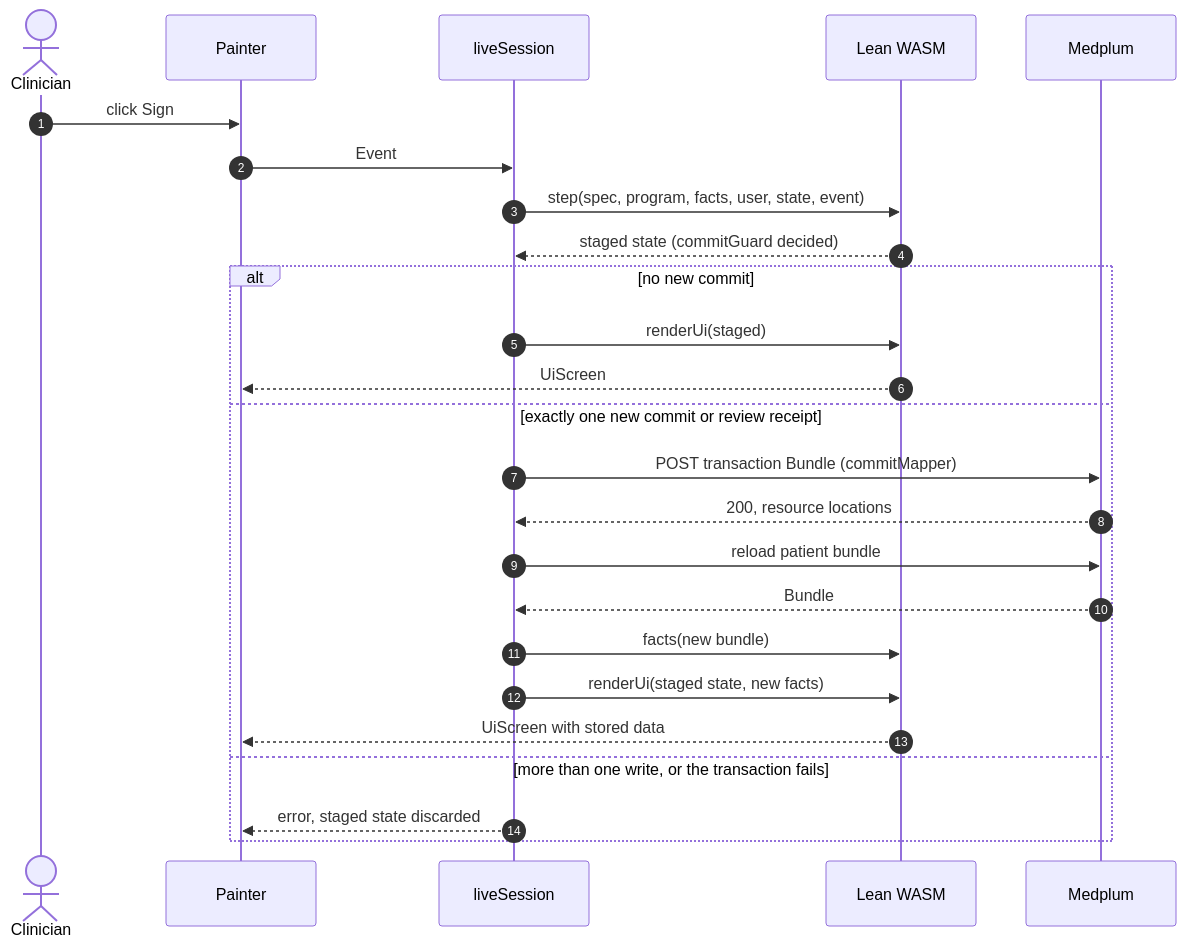
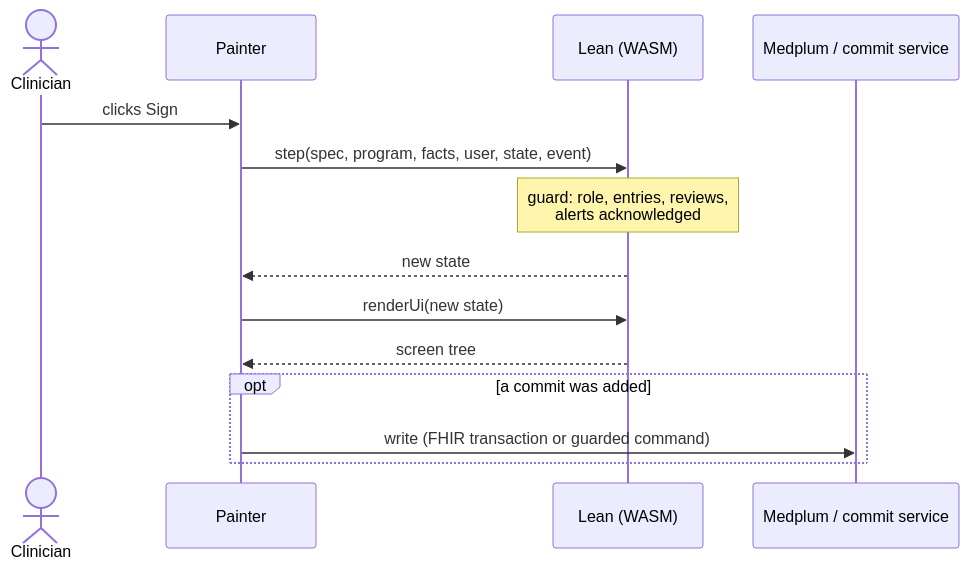
One commit to saithat/VGI-Health changed the third of 3 diagrams in README.md. Above: the diagram before and after it, drawn with Mermaid. The commit also changed other lines of this file and 114 other files, not shown here.

````diff
--- a/README.md
+++ b/README.md
@@ -527,27 +110,16 @@
 ```mermaid
 sequenceDiagram
-  autonumber
   actor C as Clinician
   participant P as Painter
-  participant S as liveSession
-  participant L as Lean WASM
-  participant M as Medplum
-  C->>P: click Sign
-  P->>S: Event
-  S->>L: step(spec, program, facts, user, state, event)
-  L-->>S: staged state (commitGuard decided)
-  alt no new commit
-    S->>L: renderUi(staged)
-    L-->>P: UiScreen
-  else exactly one new commit or review receipt
-    S->>M: POST transaction Bundle (commitMapper)
-    M-->>S: 200, resource locations
-    S->>M: reload patient bundle
-    M-->>S: Bundle
-    S->>L: facts(new bundle)
-    S->>L: renderUi(staged state, new facts)
-    L-->>P: UiScreen with stored data
-  else more than one write, or the transaction fails
-    S-->>P: error, staged state discarded
+  participant L as Lean (WASM)
+  participant S as Medplum / commit service
+  C->>P: clicks Sign
+  P->>L: step(spec, program, facts, user, state, event)
+  Note over L: guard: role, entries, reviews,<br/>alerts acknowledged
+  L-->>P: new state
+  P->>L: renderUi(new state)
+  L-->>P: screen tree
+  opt a commit was added
+    P->>S: write (FHIR transaction or guarded command)
   end
 ```
````
